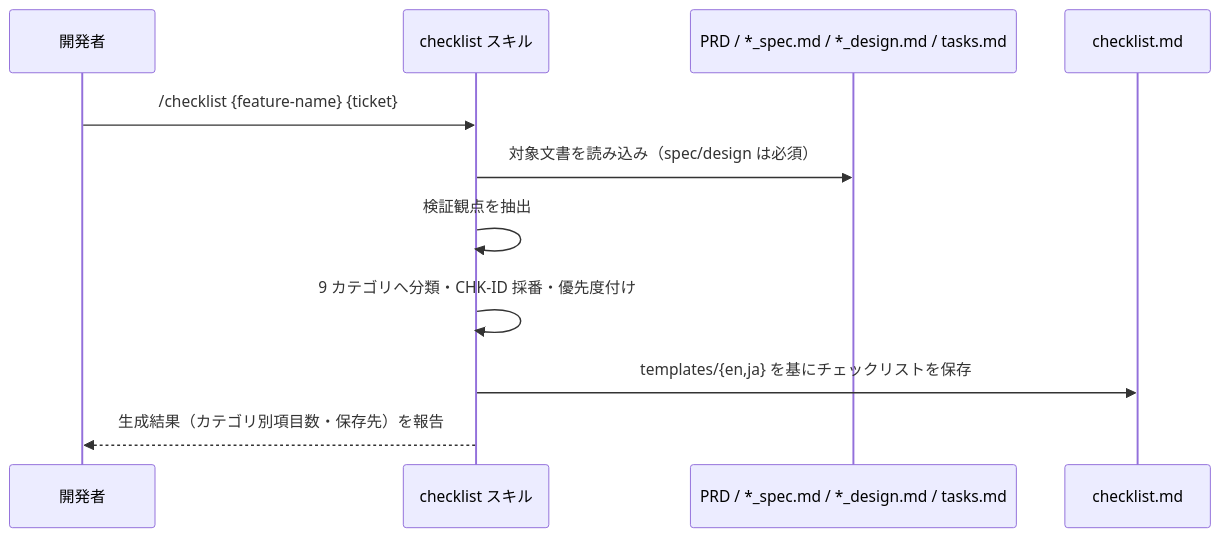
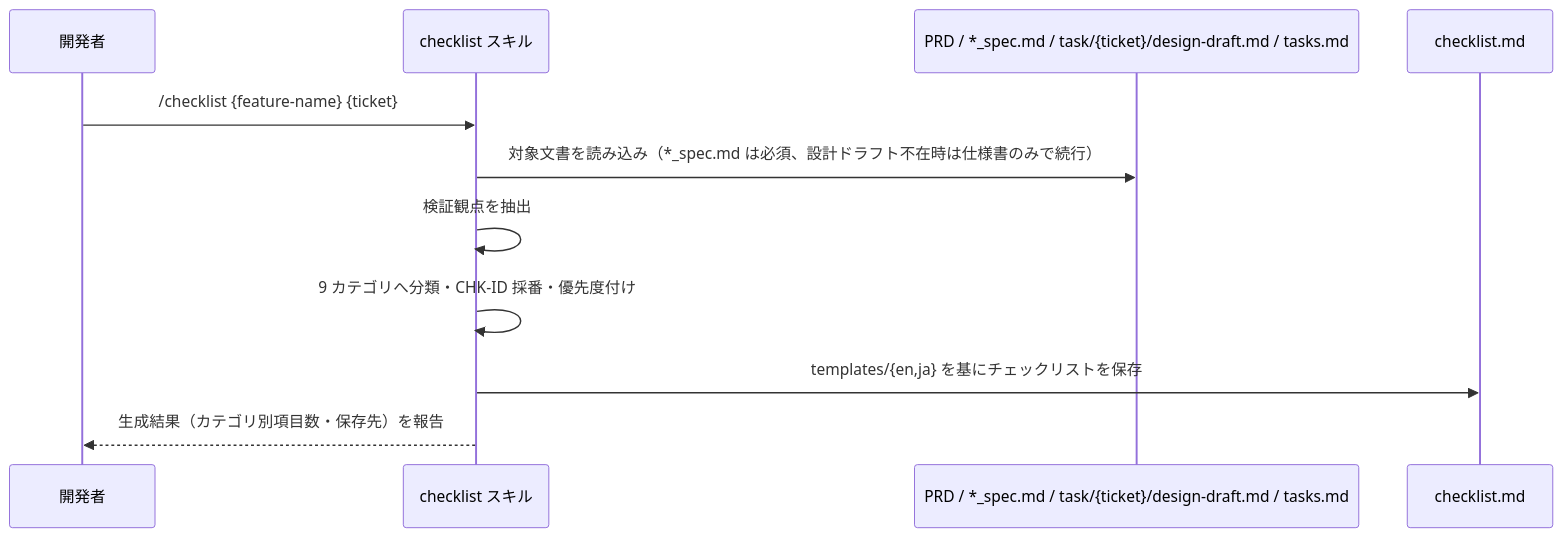
Before and after one commit to ToshikiImagawa/ai-sdd-workflow-dev: the diagram in .sdd/specification/task-implementation/checklist-generation_spec.md, drawn with Mermaid. The commit also changed other lines of this file and 32 other files, not shown here.

First line of the commit message:
[fix] 下流スキルの技術設計書参照先を task/{ticket}/design-draft.md へ移行 (#98)

````diff
--- a/.sdd/specification/task-implementation/checklist-generation_spec.md
+++ b/.sdd/specification/task-implementation/checklist-generation_spec.md
@@ -121,14 +124,14 @@
 ```mermaid
 sequenceDiagram
     participant User as 開発者
     participant Skill as checklist スキル
-    participant Docs as PRD / *_spec.md / *_design.md / tasks.md
+    participant Docs as PRD / *_spec.md / task/{ticket}/design-draft.md / tasks.md
     participant Out as checklist.md
 
     User ->> Skill: /checklist {feature-name} {ticket}
-    Skill ->> Docs: 対象文書を読み込み（spec/design は必須）
+    Skill ->> Docs: 対象文書を読み込み（*_spec.md は必須、設計ドラフト不在時は仕様書のみで続行）
     Skill ->> Skill: 検証観点を抽出
     Skill ->> Skill: 9 カテゴリへ分類・CHK-ID 採番・優先度付け
     Skill ->> Out: templates/{en,ja} を基にチェックリストを保存
     Skill -->> User: 生成結果（カテゴリ別項目数・保存先）を報告
 ```
````
